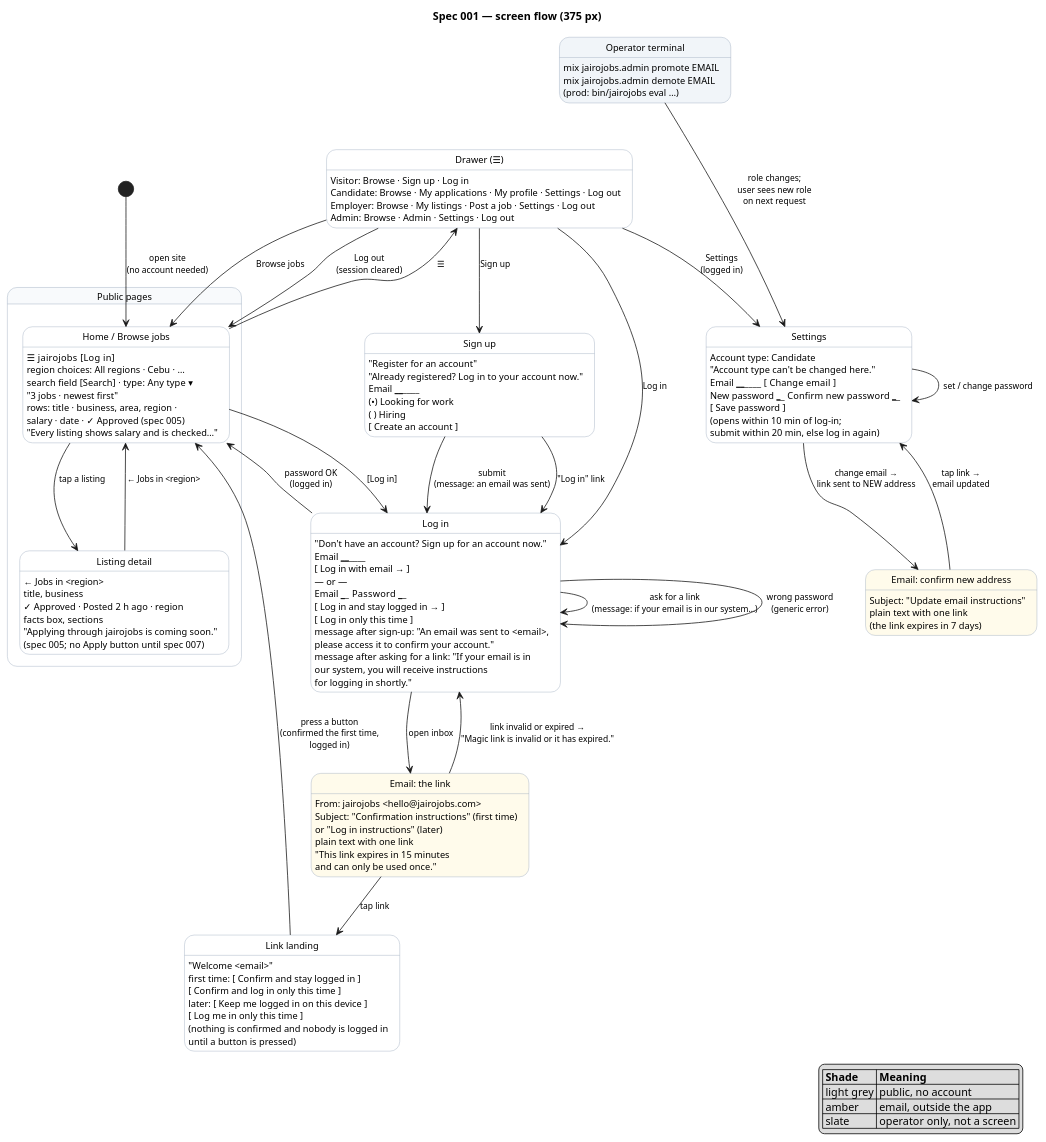
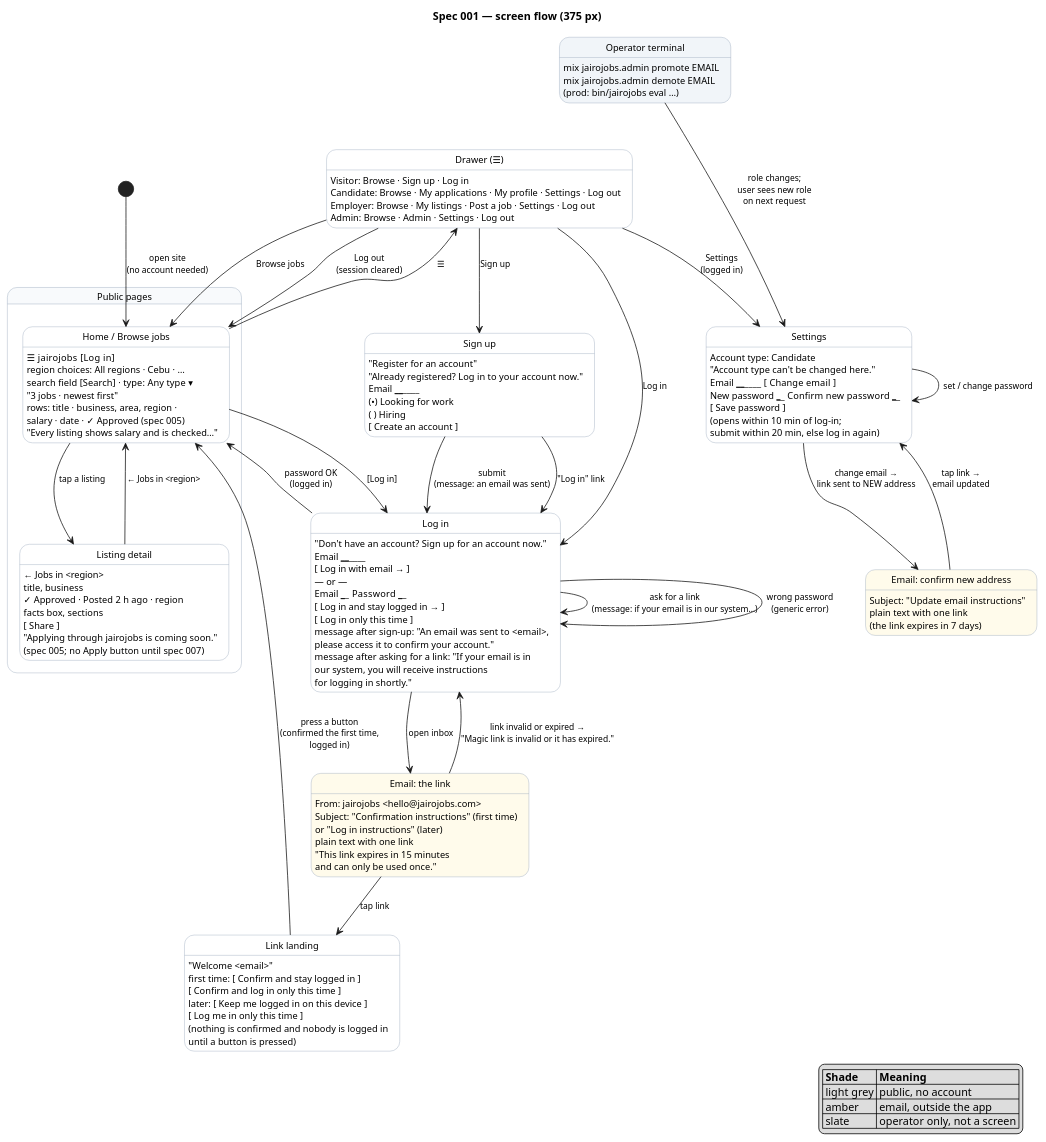
The diagram in docs/specs/001-accounts-authentication/diagrams/screenflow-auth.puml (raseniero/jairojobs-elixir), drawn with PlantUML before and after one commit. The commit also changed 10 other files, not shown here.

```diff
--- a/docs/specs/001-accounts-authentication/diagrams/screenflow-auth.puml
+++ b/docs/specs/001-accounts-authentication/diagrams/screenflow-auth.puml
@@ -1,127 +1,128 @@
 @startuml screenflow-auth
 ' Spec 001 — screen flow. Each state is a screen (key elements listed); each arrow is a user action.
 ' Every user story US-001-1..9 is a path through this diagram (see table in spec.md).
 
 hide empty description
 skinparam state {
   BackgroundColor white
   BackgroundColor<<public>> #f8fafc
   BackgroundColor<<email>> #fffbeb
   BackgroundColor<<terminal>> #f1f5f9
   BorderColor #94a3b8
   FontSize 12
 }
 skinparam arrowFontSize 11
 
 title Spec 001 — screen flow (375 px)
 
 state "Public pages" as Public <<public>> {
   state "Home / Browse jobs" as Home
   Home : ☰  jairojobs  [Log in]
   Home : region choices: All regions · Cebu · …
   Home : search field  [Search] · type: Any type ▾
   Home : "3 jobs · newest first"
   Home : rows: title · business, area, region ·
   Home : salary · date · ✓ Approved (spec 005)
   Home : "Every listing shows salary and is checked…"
   state "Listing detail" as Detail
   Detail : ← Jobs in <region>
   Detail : title, business
   Detail : ✓ Approved · Posted 2 h ago · region
   Detail : facts box, sections
+  Detail : [ Share ]
   Detail : "Applying through jairojobs is coming soon."
   Detail : (spec 005; no Apply button until spec 007)
   Home --> Detail : tap a listing
   Detail --> Home : ← Jobs in <region>
 }
 
 state "Drawer (☰)" as Drawer
 Drawer : Visitor: Browse · Sign up · Log in
 Drawer : Candidate: Browse · My applications · My profile · Settings · Log out
 Drawer : Employer: Browse · My listings · Post a job · Settings · Log out
 Drawer : Admin: Browse · Admin · Settings · Log out
 
 state "Sign up" as Signup
 Signup : "Register for an account"
 Signup : "Already registered? Log in to your account now."
 Signup : Email ______________
 Signup : (•) Looking for work
 Signup : ( ) Hiring
 Signup : [ Create an account ]
 
 state "Email: the link" as Email <<email>>
 Email : From: jairojobs <hello@jairojobs.com>
 Email : Subject: "Confirmation instructions" (first time)
 Email : or "Log in instructions" (later)
 Email : plain text with one link
 Email : "This link expires in 15 minutes\nand can only be used once."
 
 state "Link landing" as Landing
 Landing : "Welcome <email>"
 Landing : first time: [ Confirm and stay logged in ]
 Landing : [ Confirm and log in only this time ]
 Landing : later: [ Keep me logged in on this device ]
 Landing : [ Log me in only this time ]
 Landing : (nothing is confirmed and nobody is logged in\nuntil a button is pressed)
 
 state "Log in" as Login
 Login : "Don't have an account? Sign up for an account now."
 Login : Email ______________
 Login : [ Log in with email → ]
 Login : — or —
 Login : Email ______  Password ______
 Login : [ Log in and stay logged in → ]
 Login : [ Log in only this time ]
 Login : message after sign-up: "An email was sent to <email>,\nplease access it to confirm your account."
 Login : message after asking for a link: "If your email is in\nour system, you will receive instructions\nfor logging in shortly."
 
 state "Settings" as Settings
 Settings : Account type: Candidate\n"Account type can't be changed here."
 Settings : Email ______________  [ Change email ]
 Settings : New password ______  Confirm new password ______
 Settings : [ Save password ]
 Settings : (opens within 10 min of log-in;\nsubmit within 20 min, else log in again)
 
 state "Email: confirm new address" as EmailChange <<email>>
 EmailChange : Subject: "Update email instructions"
 EmailChange : plain text with one link
 EmailChange : (the link expires in 7 days)
 
 state "Operator terminal" as Terminal <<terminal>>
 Terminal : mix jairojobs.admin promote EMAIL
 Terminal : mix jairojobs.admin demote EMAIL
 Terminal : (prod: bin/jairojobs eval …)
 
 [*] --> Home : open site\n(no account needed)
 Home --> Drawer : ☰
 Drawer --> Home : Browse jobs
 Drawer --> Signup : Sign up
 Drawer --> Login : Log in
 Home --> Login : [Log in]
 ' The Apply button, and its way to Log in for someone logged out, arrive with spec 007.
 ' Until then the listing page offers nothing that needs an account (spec 005, REQ-005-5).
 Signup --> Login : submit\n(message: an email was sent)
 Signup --> Login : "Log in" link
 Login --> Login : ask for a link\n(message: if your email is in our system…)
 Login --> Home : password OK\n(logged in)
 Login --> Login : wrong password\n(generic error)
 Login --> Email : open inbox
 Email --> Landing : tap link
 Landing --> Home : press a button\n(confirmed the first time,\nlogged in)
 Email --> Login : link invalid or expired →\n"Magic link is invalid or it has expired."
 Drawer --> Settings : Settings\n(logged in)
 Settings --> EmailChange : change email →\nlink sent to NEW address
 EmailChange --> Settings : tap link →\nemail updated
 Settings --> Settings : set / change password
 Drawer --> Home : Log out\n(session cleared)
 Terminal --> Settings : role changes;\nuser sees new role\non next request
 Terminal -[hidden]-> Drawer
 
 legend right
   |= Shade |= Meaning |
   | light grey | public, no account |
   | amber | email, outside the app |
   | slate | operator only, not a screen |
 endlegend
 
 @enduml
```
